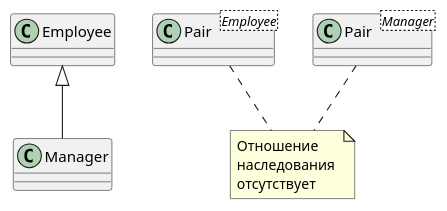
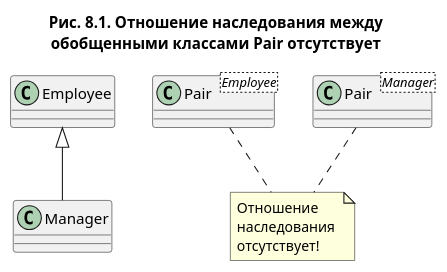
One commit to sectorsj/learnbooks changed the diagram in hortsmann_v_one/src/main/resources/_416/pic_8_1.puml. Above: the diagram before and after it, drawn with PlantUML. The commit also changed 3 other files, not shown here.

```diff
--- a/hortsmann_v_one/src/main/resources/_416/pic_8_1.puml
+++ b/hortsmann_v_one/src/main/resources/_416/pic_8_1.puml
@@ -1,13 +1,17 @@
 @startuml
-'https://plantuml.com/class-diagram
+title
+Рис. 8.1. Отношение наследования между
+обобщенными классами Pair отсутствует
+end title
+
 
 Employee <|-- Manager
 
 class "Pair<Employee>" as Pair1
 class "Pair<Manager>" as Pair2
-note "Отношение \nнаследования \nотсутствует" as N1
+note "Отношение \nнаследования \nотсутствует!" as N1
 
 Pair1..N1
 Pair2..N1
 
 @enduml
```
